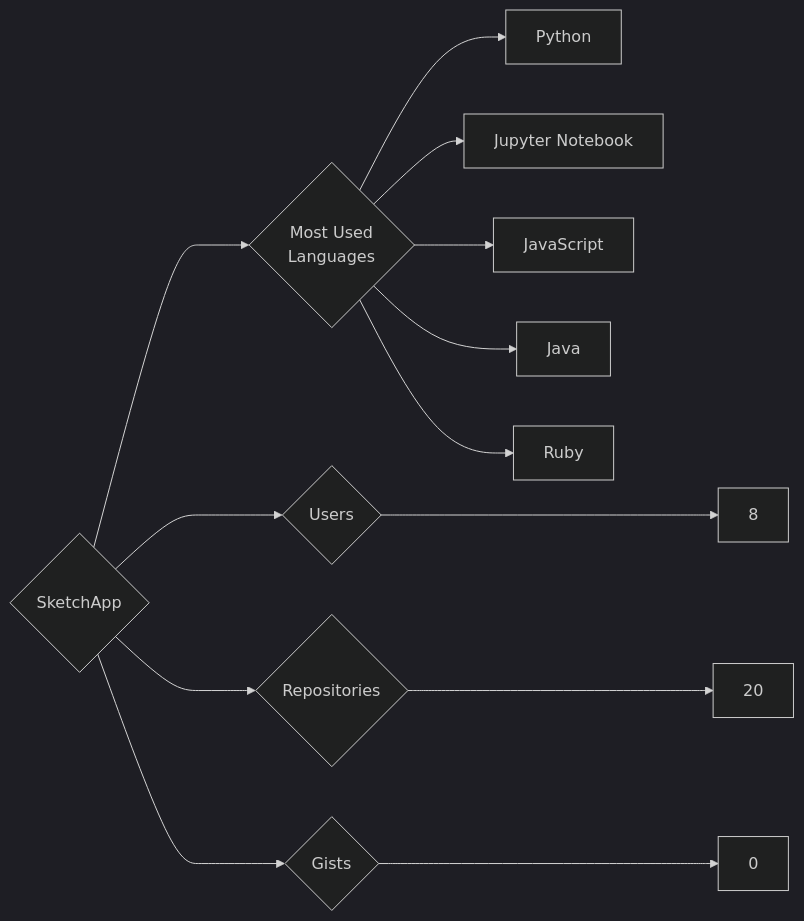
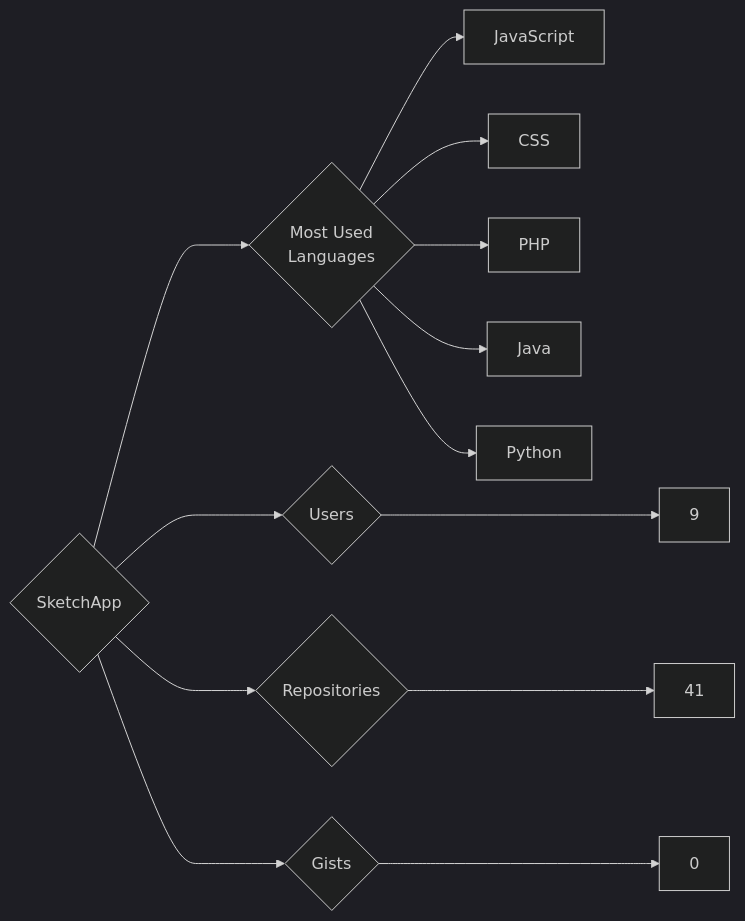
The diagram in targets/SketchApp/README.md (trickest/insiders), drawn with Mermaid (dark theme) before and after one commit. The commit also changed 1508 other files, not shown here.

````diff
--- a/targets/SketchApp/README.md
+++ b/targets/SketchApp/README.md
@@ -3,13 +3,13 @@
 ```mermaid
 graph LR
 COMPANY_NAME{SketchApp}
-COMPANY_NAME ---> U{Users} ---> UN[8]
-COMPANY_NAME ---> R{Repositories} ---> RN[20]
+COMPANY_NAME ---> U{Users} ---> UN[9]
+COMPANY_NAME ---> R{Repositories} ---> RN[41]
 COMPANY_NAME ---> G{Gists} ---> GN[0]
 COMPANY_NAME ---> ML{Most Used<br>Languages}
+ML --> JavaScript[JavaScript]
+ML --> CSS[CSS]
+ML --> PHP[PHP]
+ML --> Java[Java]
 ML --> Python[Python]
-ML --> Jupyter_Notebook[Jupyter Notebook]
-ML --> JavaScript[JavaScript]
-ML --> Java[Java]
-ML --> Ruby[Ruby]
 ```
````
